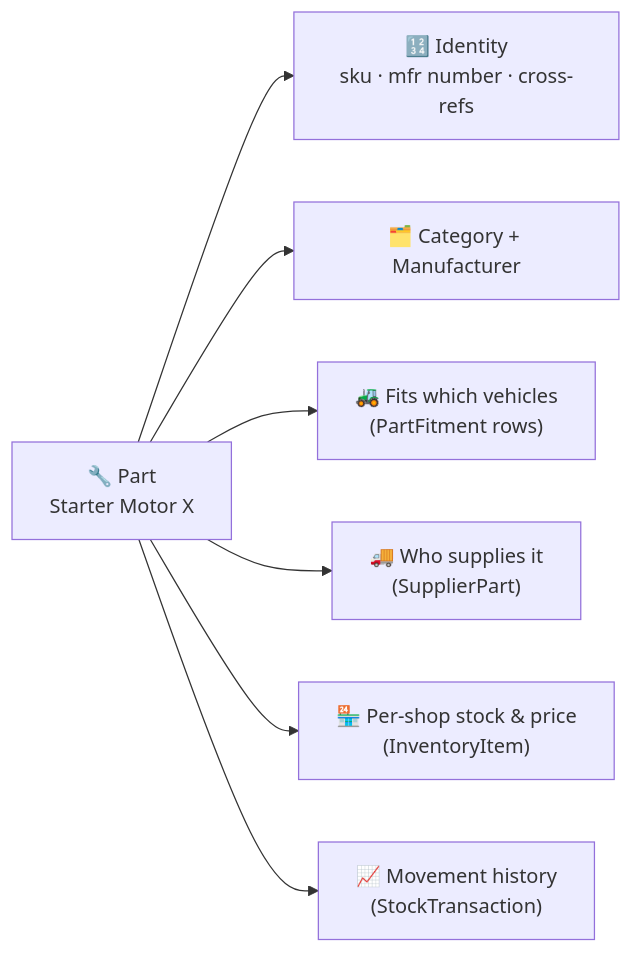
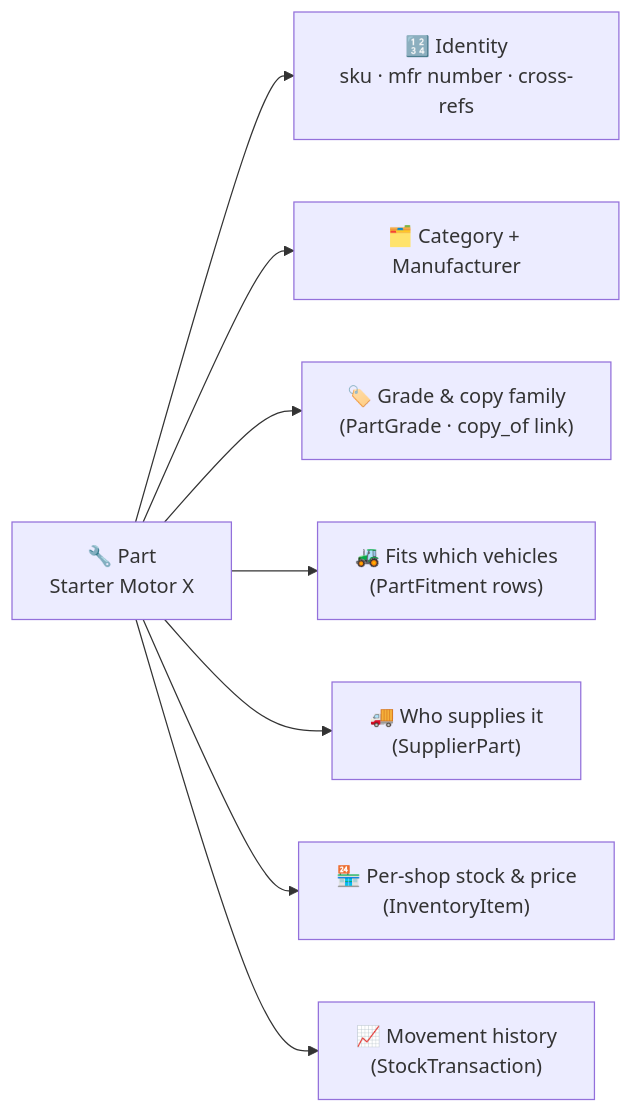
Before and after one commit to ashwaniarya/shop-management: the eighth of 8 diagrams in docs/domain-model.md, drawn with Mermaid. The commit also changed other lines of this file and 1 other file, not shown here.

First line of the commit message:
Document part grades and copy families in the domain model

````diff
--- a/docs/domain-model.md
+++ b/docs/domain-model.md
@@ -510,10 +603,11 @@
 ```mermaid
 flowchart LR
   P["🔧 Part<br/>Starter Motor X"]
   P --> ID["🔢 Identity<br/>sku · mfr number · cross-refs"]
   P --> CAT["🗂️ Category + Manufacturer"]
+  P --> GRD["🏷️ Grade & copy family<br/>(PartGrade · copy_of link)"]
   P --> FIT["🚜 Fits which vehicles<br/>(PartFitment rows)"]
   P --> SUP["🚚 Who supplies it<br/>(SupplierPart)"]
   P --> STK["🏪 Per-shop stock & price<br/>(InventoryItem)"]
   P --> HIS["📈 Movement history<br/>(StockTransaction)"]
 ```
````
